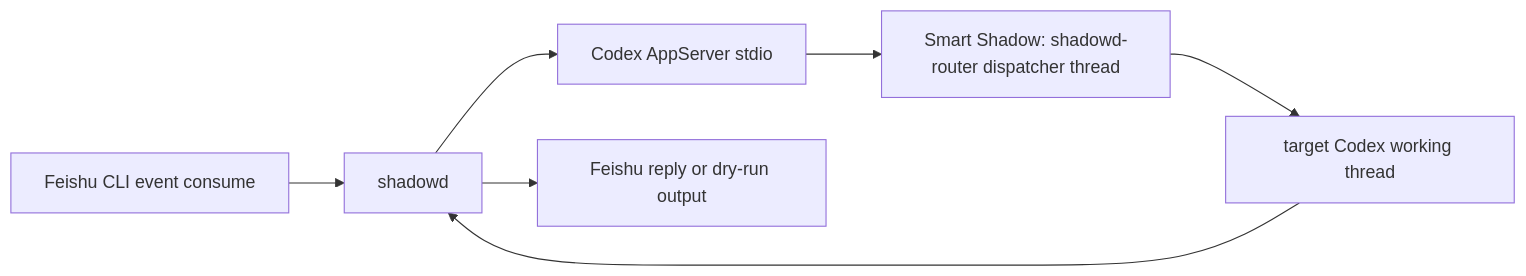
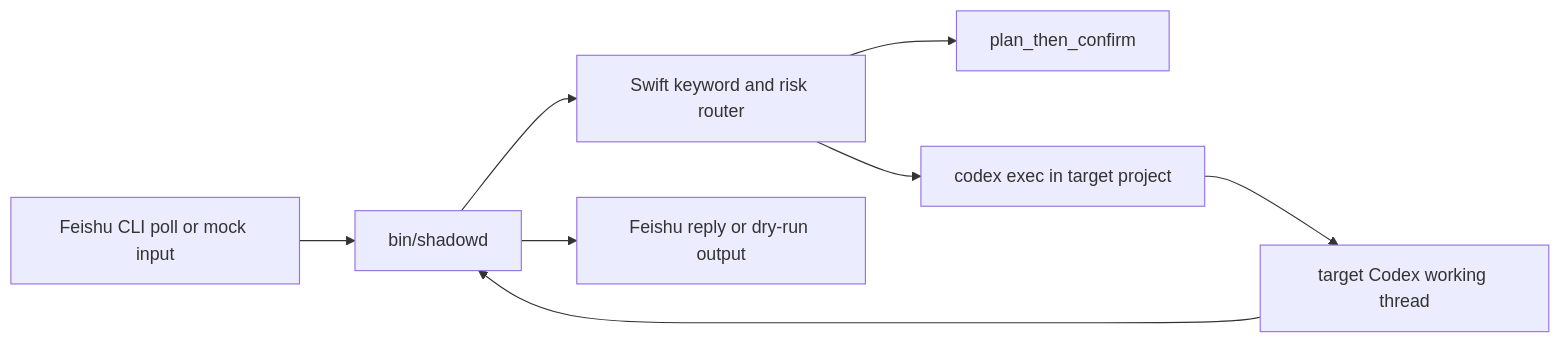
One commit to longbiaochen/smart-shadow changed the third of 3 diagrams in README.md. Above: the diagram before and after it, drawn with Mermaid. The commit also changed other lines of this file and 13 other files, not shown here.

Commit message:
Update Smart Shadow product definition

````diff
--- a/README.md
+++ b/README.md
@@ -267,9 +278,10 @@
 ```mermaid
 flowchart LR
-    Feishu["Feishu CLI event consume"] --> D["shadowd"]
-    D --> AppServer["Codex AppServer stdio"]
-    AppServer --> Main["Smart Shadow: shadowd-router dispatcher thread"]
-    Main --> Work["target Codex working thread"]
+    Feishu["Feishu CLI poll or mock input"] --> D["bin/shadowd"]
+    D --> Router["Swift keyword and risk router"]
+    Router --> Confirm["plan_then_confirm"]
+    Router --> Codex["codex exec in target project"]
+    Codex --> Work["target Codex working thread"]
     Work --> D
     D --> Reply["Feishu reply or dry-run output"]
 ```
````
